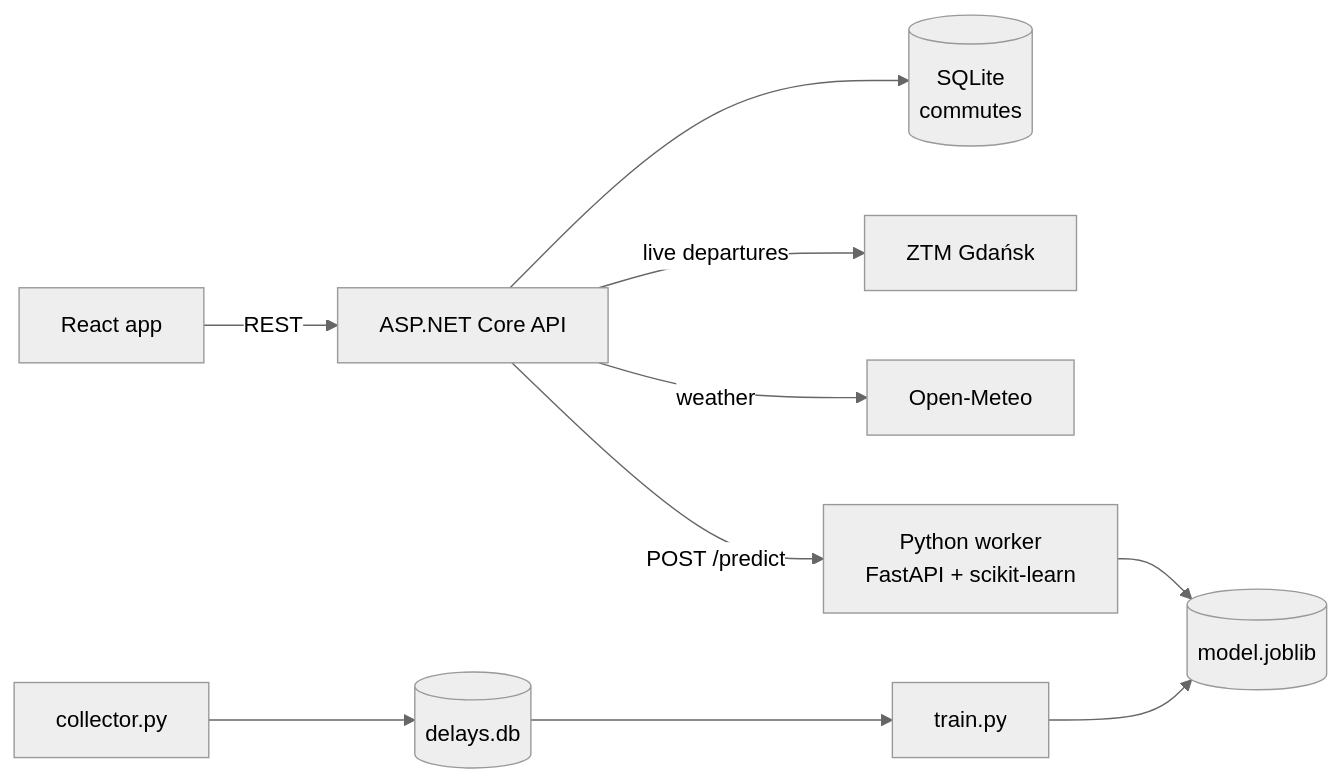
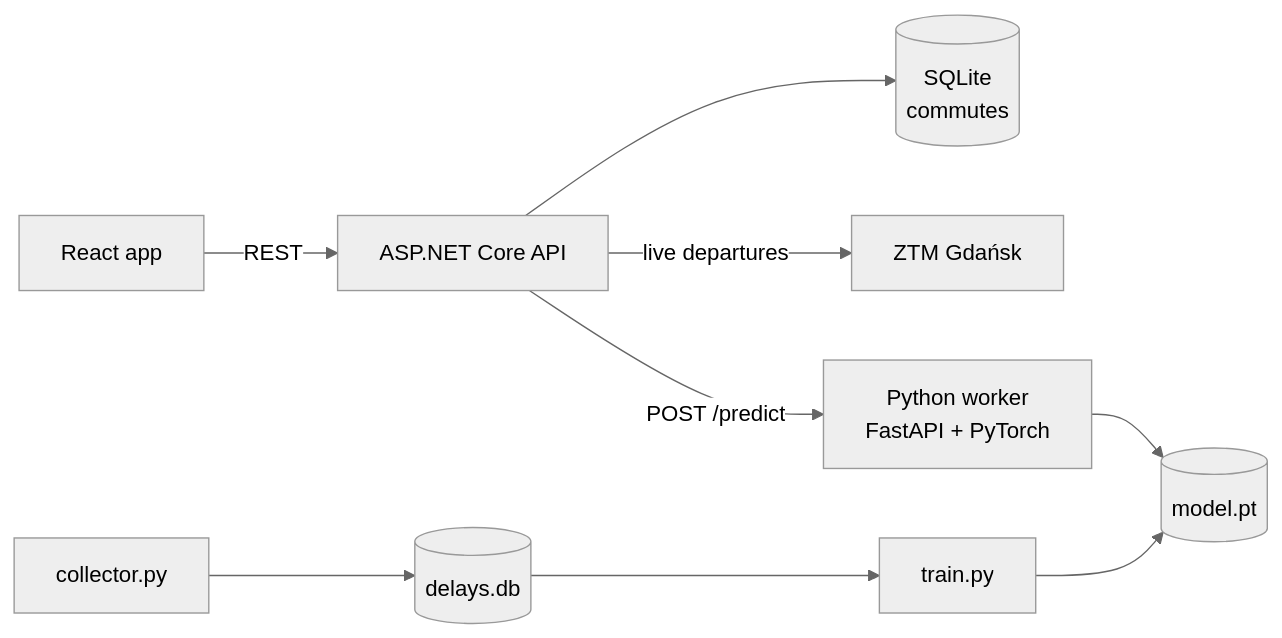
The diagram in docs/ARCHITECTURE.md (ArseniMokhau/DelayOracle), drawn with Mermaid (neutral theme) before and after one commit. The commit also changed other lines of this file and 2 other files, not shown here.

Commit message:
docs: describe the three-input PyTorch model and the postponed weather client

````diff
--- a/docs/ARCHITECTURE.md
+++ b/docs/ARCHITECTURE.md
@@ -9,10 +9,9 @@
 ```mermaid
 flowchart LR
   Browser["React app"] -->|REST| API["ASP.NET Core API"]
   API --> DB[("SQLite<br/>commutes")]
   API -->|live departures| ZTM["ZTM Gdańsk"]
-  API -->|weather| Meteo["Open-Meteo"]
-  API -->|POST /predict| Worker["Python worker<br/>FastAPI + scikit-learn"]
-  Worker --> Model[("model.joblib")]
+  API -->|POST /predict| Worker["Python worker<br/>FastAPI + PyTorch"]
+  Worker --> Model[("model.pt")]
   Collector["collector.py"] --> Delays[("delays.db")] --> Train["train.py"] --> Model
 ```
````
